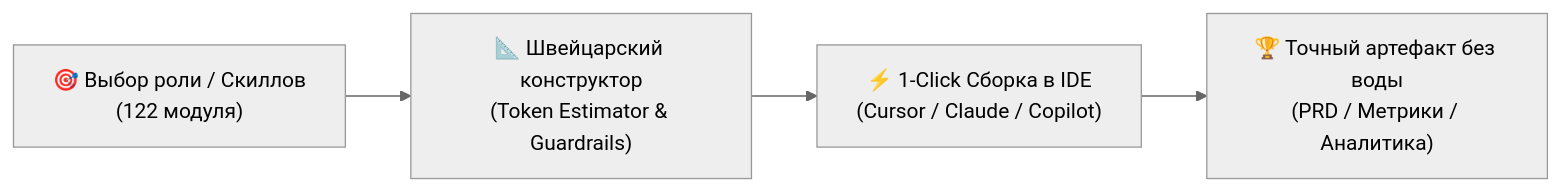
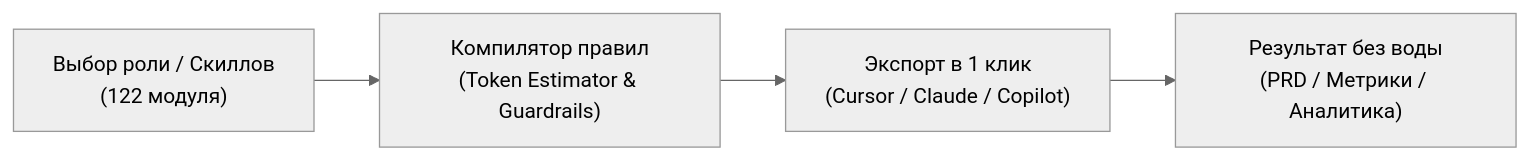
The diagram in README.md (Anton-Creates/pdm-skills-agent), drawn with Mermaid (neutral theme) before and after one commit. The commit also changed other lines of this file and 1 other file, not shown here.

````diff
--- a/README.md
+++ b/README.md
@@ -33,6 +16,6 @@
 ```mermaid
 flowchart LR
-    A["🎯 Выбор роли / Скиллов\n(122 модуля)"] --> B["📐 Швейцарский конструктор\n(Token Estimator & Guardrails)"]
-    B --> C["⚡ 1-Click Сборка в IDE\n(Cursor / Claude / Copilot)"]
-    C --> D["🏆 Точный артефакт без воды\n(PRD / Метрики / Аналитика)"]
+    A["Выбор роли / Скиллов\n(122 модуля)"] --> B["Компилятор правил\n(Token Estimator & Guardrails)"]
+    B --> C["Экспорт в 1 клик\n(Cursor / Claude / Copilot)"]
+    C --> D["Результат без воды\n(PRD / Метрики / Аналитика)"]
 ```
````
